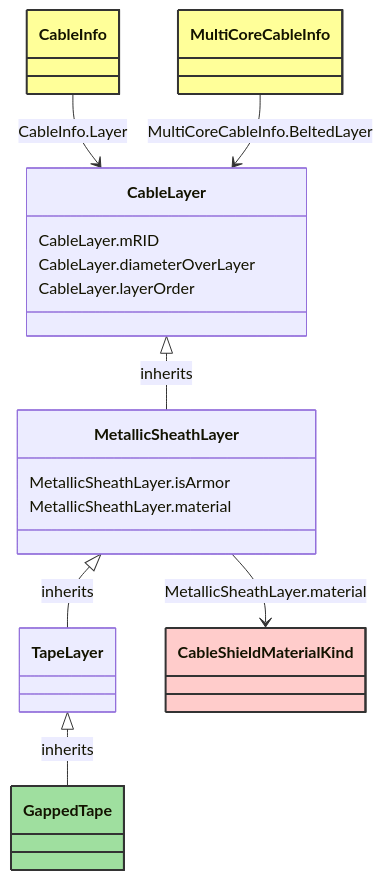
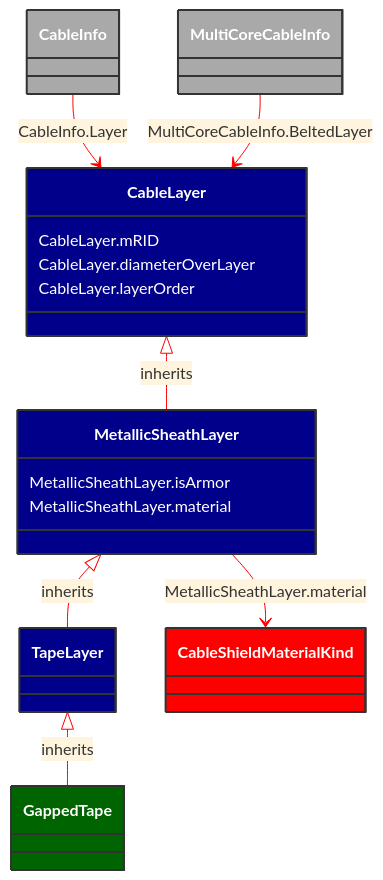
Before and after one commit to 3lbits/NoCIMExtensions: the diagram in docs/Models/Profiles/SubseaCableInfo/ConcreteClasses/GappedTape.md, drawn with Mermaid. The commit also changed 58 other files, not shown here.

````diff
--- a/docs/Models/Profiles/SubseaCableInfo/ConcreteClasses/GappedTape.md
+++ b/docs/Models/Profiles/SubseaCableInfo/ConcreteClasses/GappedTape.md
@@ -8,47 +8,48 @@
 ```mermaid
+%%{init: {'theme':'base','themeVariables': {'lineColor': '#FF0000'}}}%%
 classDiagram
     class GappedTape
     click GappedTape href "/Models/Profiles/SubseaCableInfo/ConcreteClasses/GappedTape/"
-    style GappedTape fill:#9fdf9f,stroke:#333,stroke-width:2px,rx:10,ry:10
+    style GappedTape fill:#006400,stroke:#333,stroke-width:2px,rx:10,ry:10,color:white
 
         TapeLayer <|-- GappedTape : inherits
             click TapeLayer href "/Models/Profiles/SubseaCableInfo/ConcreteClasses/TapeLayer/"
-            style TapeLayer rx:10,ry:10
+            style TapeLayer fill:#00008B,stroke:#333,stroke-width:2px,rx:10,ry:10,color:white
 
         GappedTape
             click GappedTape href "/Models/Profiles/SubseaCableInfo/ConcreteClasses/GappedTape/"
-            style GappedTape rx:10,ry:10
+            style TapeLayer fill:#00008B,stroke:#333,stroke-width:2px,rx:10,ry:10,color:white
 
         MetallicSheathLayer <|-- TapeLayer : inherits
             click MetallicSheathLayer href "/Models/Profiles/SubseaCableInfo/ConcreteClasses/MetallicSheathLayer/"
-            style MetallicSheathLayer rx:10,ry:10
+            style MetallicSheathLayer fill:#00008B,stroke:#333,stroke-width:2px,rx:10,ry:10,color:white
 
         CableLayer <|-- MetallicSheathLayer : inherits
             click CableLayer href "/Models/Profiles/SubseaCableInfo/AbstractClasses/CableLayer/"
-            style CableLayer rx:10,ry:10
+            style CableLayer fill:#00008B,stroke:#333,stroke-width:2px,rx:10,ry:10,color:white
 
 
         CableInfo --> CableLayer : CableInfo.Layer
 
         CableInfo
             click CableInfo href "/Models/Profiles/SubseaCableInfo/ConcreteClasses/CableInfo/"
-            style CableInfo fill:#ffff99,stroke:#333,stroke-width:2px,rx:10,ry:10
+            style CableInfo fill:#A9A9A9,stroke:#333,stroke-width:2px,rx:10,ry:10,color:white
 
         MultiCoreCableInfo --> CableLayer : MultiCoreCableInfo.BeltedLayer
 
         MultiCoreCableInfo
             click MultiCoreCableInfo href "/Models/Profiles/SubseaCableInfo/ConcreteClasses/MultiCoreCableInfo/"
-            style MultiCoreCableInfo fill:#ffff99,stroke:#333,stroke-width:2px,rx:10,ry:10
+            style MultiCoreCableInfo fill:#A9A9A9,stroke:#333,stroke-width:2px,rx:10,ry:10,color:white
 
         MetallicSheathLayer --> CableShieldMaterialKind : MetallicSheathLayer.material
 
         CableShieldMaterialKind
             click CableShieldMaterialKind href "/Models/Profiles/SubseaCableInfo/Enumerations/CableShieldMaterialKind/"
-            style CableShieldMaterialKind fill:#FFCCCB,stroke:#333,stroke-width:2px,rx:10,ry:10
+            style CableShieldMaterialKind fill:#FF0000,stroke:#333,stroke-width:2px,rx:10,ry:10,color:white
 
         MetallicSheathLayer : MetallicSheathLayer.isArmor
         MetallicSheathLayer : MetallicSheathLayer.material
         CableLayer : CableLayer.mRID
         CableLayer : CableLayer.diameterOverLayer
         CableLayer : CableLayer.layerOrder
 ```
````
